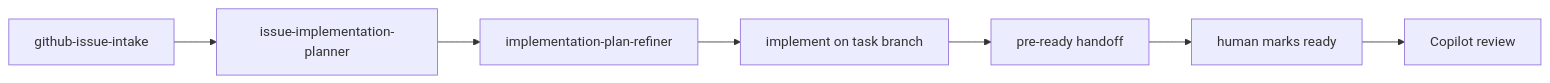
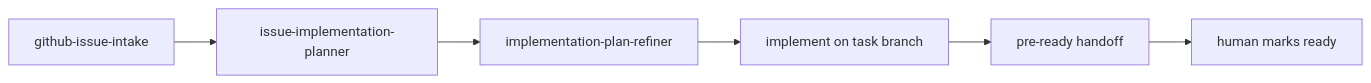
The first of 2 diagrams in packages/maiconfz/github-interactive-issue-implementation-planner/README.md (agents-repo/registry), drawn with Mermaid before and after one commit. The commit also changed other lines of this file and 16 other files, not shown here.

````diff
--- a/packages/maiconfz/github-interactive-issue-implementation-planner/README.md
+++ b/packages/maiconfz/github-interactive-issue-implementation-planner/README.md
@@ -17,12 +17,11 @@
 ```mermaid
 flowchart LR
   intake[github-issue-intake]
   plan[issue-implementation-planner]
   refine[implementation-plan-refiner]
   implement[implement on task branch]
   preReady[pre-ready handoff]
   ready[human marks ready]
-  review[Copilot review]
   intake --> plan --> refine
-  refine --> implement --> preReady --> ready --> review
+  refine --> implement --> preReady --> ready
 ```
````
